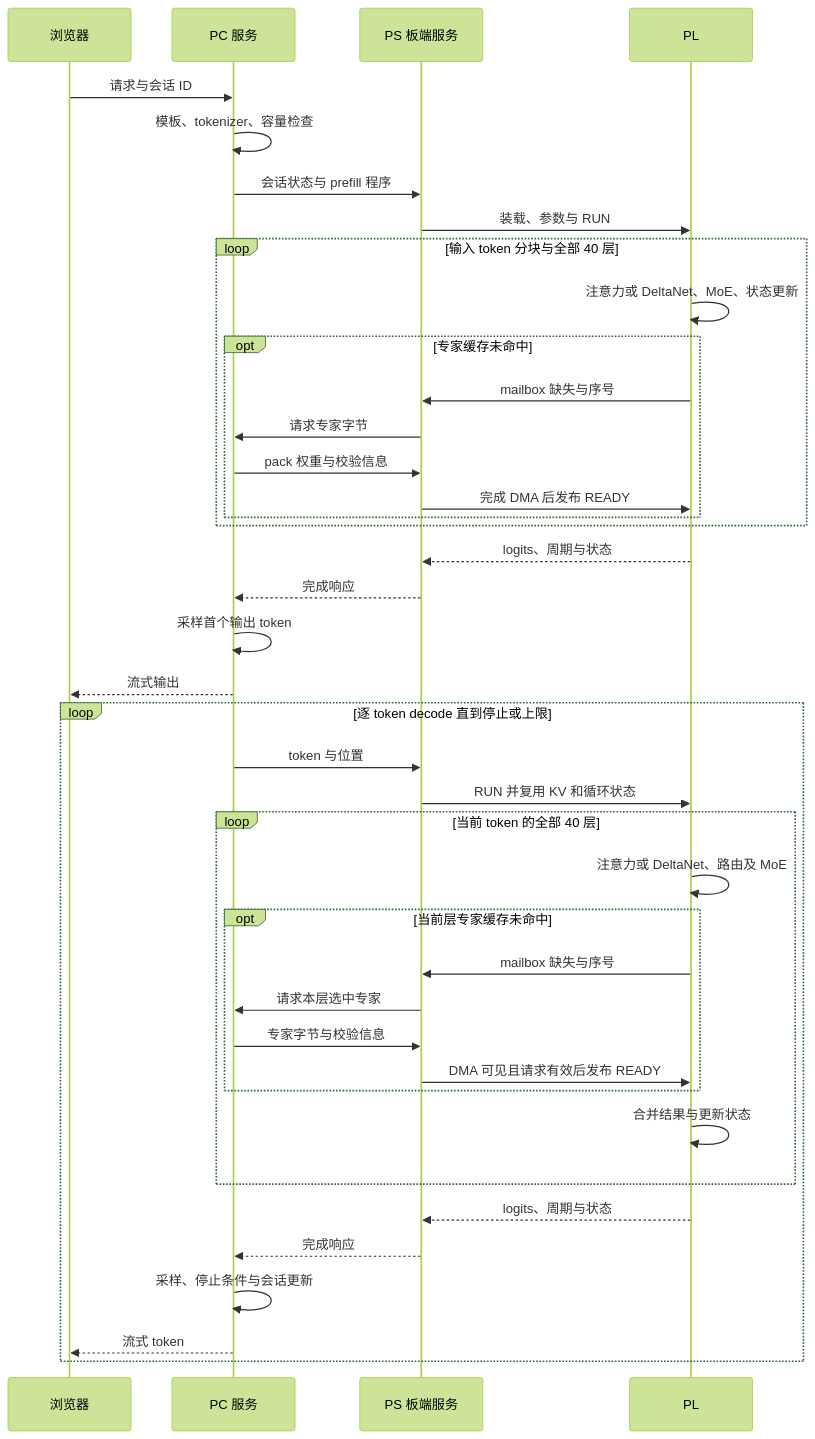
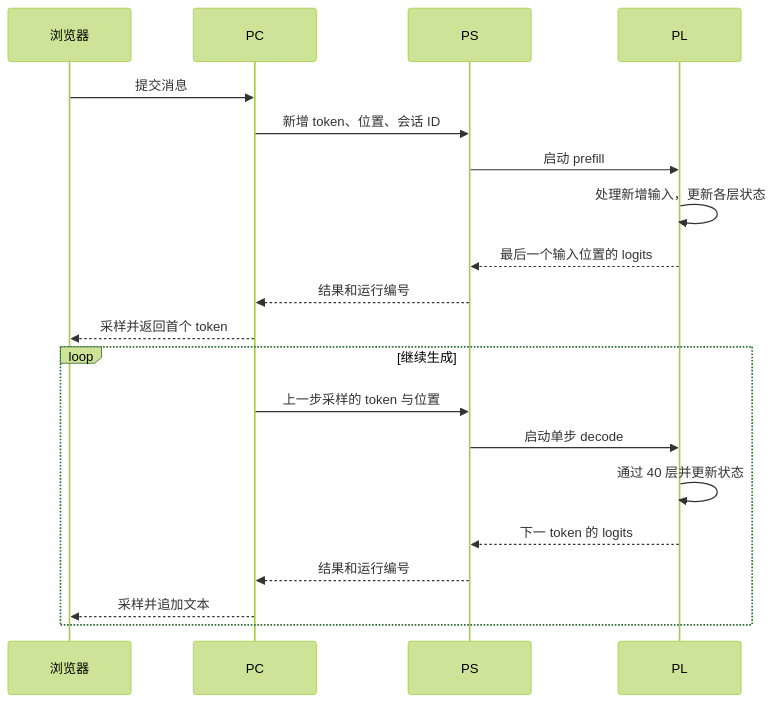
Before and after one commit to StillNeedLearning/HSA-MoE-ACC: the seventh of 8 diagrams in docs/HSA-MoE-ACC-v1_顶层设计Spec.md, drawn with Mermaid (forest theme). The commit also changed other lines of this file, not shown here.

````diff
--- a/docs/HSA-MoE-ACC-v1_顶层设计Spec.md
+++ b/docs/HSA-MoE-ACC-v1_顶层设计Spec.md
@@ -157,42 +177,22 @@
 ```mermaid
 sequenceDiagram
-  participant B as 浏览器
-  participant H as PC 服务
-  participant P as PS 板端服务
+  participant U as 浏览器
+  participant C as PC
+  participant P as PS
   participant F as PL
-  B->>H: 请求与会话 ID
-  H->>H: 模板、tokenizer、容量检查
-  H->>P: 会话状态与 prefill 程序
-  P->>F: 装载、参数与 RUN
-  loop 输入 token 分块与全部 40 层
-    F->>F: 注意力或 DeltaNet、MoE、状态更新
-    opt 专家缓存未命中
-      F->>P: mailbox 缺失与序号
-      P->>H: 请求专家字节
-      H->>P: pack 权重与校验信息
-      P->>F: 完成 DMA 后发布 READY
-    end
-  end
-  F-->>P: logits、周期与状态
-  P-->>H: 完成响应
-  H->>H: 采样首个输出 token
-  H-->>B: 流式输出
-  loop 逐 token decode 直到停止或上限
-    H->>P: token 与位置
-    P->>F: RUN 并复用 KV 和循环状态
-    loop 当前 token 的全部 40 层
-      F->>F: 注意力或 DeltaNet、路由及 MoE
-      opt 当前层专家缓存未命中
-        F->>P: mailbox 缺失与序号
-        P->>H: 请求本层选中专家
-        H->>P: 专家字节与校验信息
-        P->>F: DMA 可见且请求有效后发布 READY
-      end
-      F->>F: 合并结果与更新状态
-    end
-    F-->>P: logits、周期与状态
-    P-->>H: 完成响应
-    H->>H: 采样、停止条件与会话更新
-    H-->>B: 流式 token
+  U->>C: 提交消息
+  C->>P: 新增 token、位置、会话 ID
+  P->>F: 启动 prefill
+  F->>F: 处理新增输入，更新各层状态
+  F-->>P: 最后一个输入位置的 logits
+  P-->>C: 结果和运行编号
+  C-->>U: 采样并返回首个 token
+  loop 继续生成
+    C->>P: 上一步采样的 token 与位置
+    P->>F: 启动单步 decode
+    F->>F: 通过 40 层并更新状态
+    F-->>P: 下一 token 的 logits
+    P-->>C: 结果和运行编号
+    C-->>U: 采样并追加文本
   end
 ```
````
